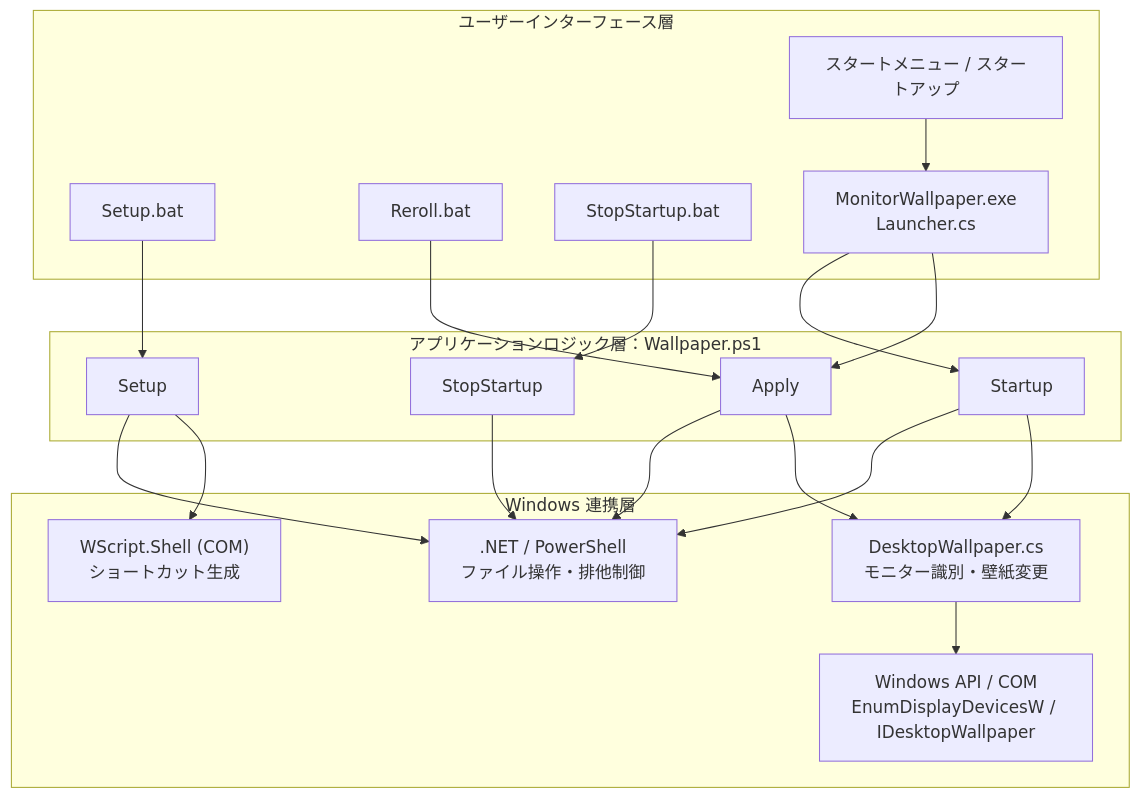
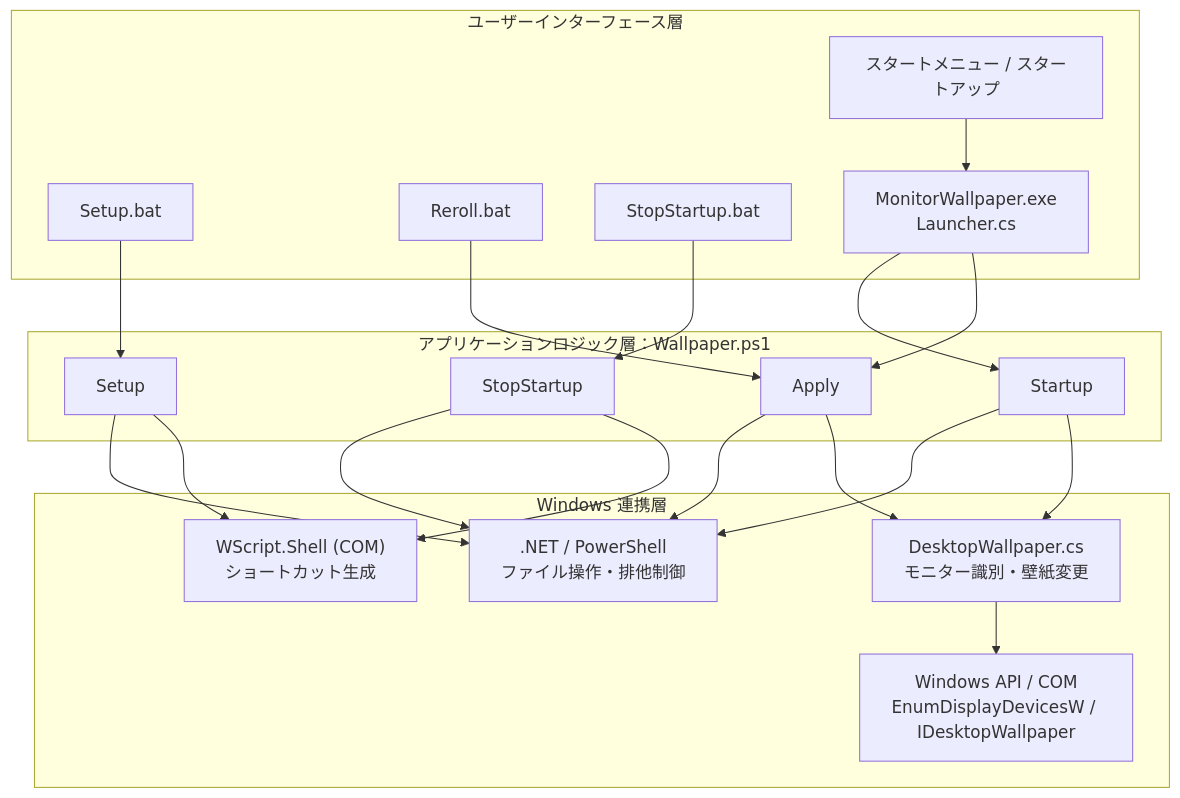
The diagram in monitor-wallpaper/アーキテクチャ.md (Futa0104/my-tools), drawn with Mermaid before and after one commit. The commit also changed other lines of this file and 5 other files, not shown here.

````diff
--- a/monitor-wallpaper/アーキテクチャ.md
+++ b/monitor-wallpaper/アーキテクチャ.md
@@ -7,40 +7,41 @@
 ```mermaid
 flowchart TD
     subgraph UI["ユーザーインターフェース層"]
         SETUP["Setup.bat"]
         REROLL["Reroll.bat"]
         STOP["StopStartup.bat"]
         SHORTCUT["スタートメニュー / スタートアップ"]
         LAUNCHER["MonitorWallpaper.exe<br/>Launcher.cs"]
         SHORTCUT --> LAUNCHER
     end
 
     subgraph LOGIC["アプリケーションロジック層：Wallpaper.ps1"]
         A_SETUP["Setup"]
         A_APPLY["Apply"]
         A_STARTUP["Startup"]
         A_STOP["StopStartup"]
     end
 
     subgraph WIN["Windows 連携層"]
         DESKTOP["DesktopWallpaper.cs<br/>モニター識別・壁紙変更"]
         API["Windows API / COM<br/>EnumDisplayDevicesW / IDesktopWallpaper"]
         SHELL["WScript.Shell (COM)<br/>ショートカット生成"]
         DOTNET[".NET / PowerShell<br/>ファイル操作・排他制御"]
         DESKTOP --> API
     end
 
     SETUP --> A_SETUP
     REROLL --> A_APPLY
     STOP --> A_STOP
     LAUNCHER --> A_APPLY
     LAUNCHER --> A_STARTUP
 
     A_SETUP --> SHELL
     A_SETUP --> DOTNET
     A_APPLY --> DESKTOP
     A_STARTUP --> DESKTOP
     A_APPLY --> DOTNET
     A_STARTUP --> DOTNET
+    A_STOP --> SHELL
     A_STOP --> DOTNET
 ```
````
